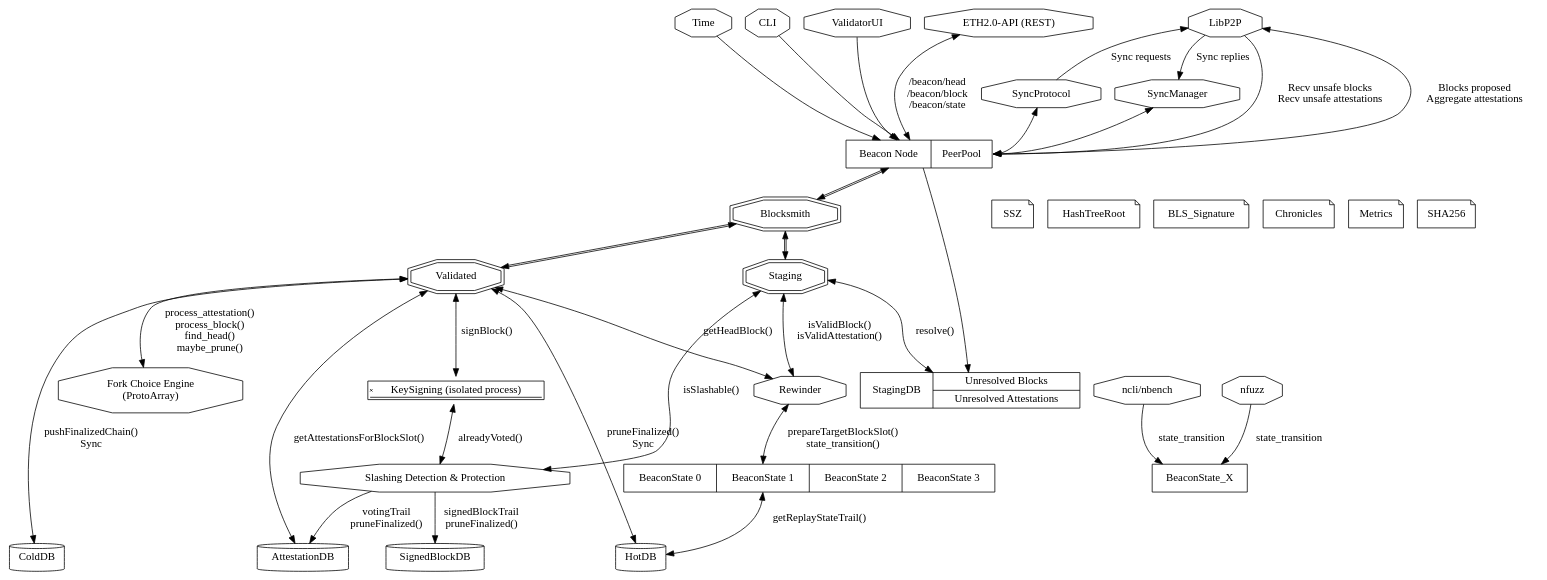
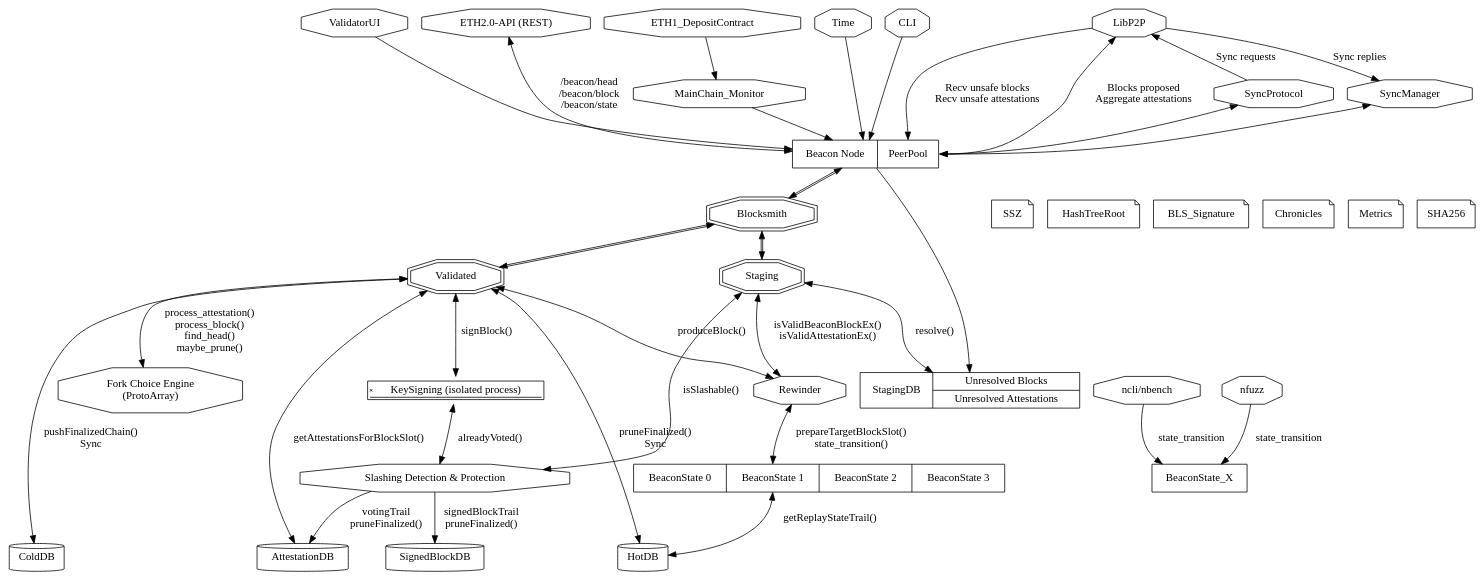
Before and after one commit to mratsim/blocksmith: the diagram in architecture.dot, drawn with Graphviz. The commit also changed 4 other files, not shown here.

```diff
--- a/architecture.dot
+++ b/architecture.dot
@@ -1,74 +1,76 @@
 digraph architecture{
   node [shape = signature]; KeySigning [label="KeySigning (isolated process)"];
-  node [shape = octagon]; SyncManager SyncProtocol Time CLI ValidatorUI Slashing LibP2P ETH2_API ncli nfuzz Rewinder ForkChoice;
+  node [shape = octagon]; SyncManager SyncProtocol MainChain_Monitor Time CLI ValidatorUI Slashing LibP2P ETH2_API ncli nfuzz Rewinder ForkChoice;
   ETH2_API [label="ETH2.0-API (REST)"];
   Slashing [label="Slashing Detection & Protection"];
   ForkChoice [label="Fork Choice Engine\n(ProtoArray)"];
-  {rank = source; LibP2P ETH2_API CLI Time ValidatorUI;}
+  {rank = source; ETH1_DepositContract LibP2P ETH2_API CLI Time ValidatorUI;}
 
   node [shape = record] BeaconNode;
   BeaconNode [label="<nbc>Beacon Node | <PeerPool>PeerPool"]
 
   ncli [label="ncli/nbench"];
   {rank = same; ncli; nfuzz;}
 
   node [shape = doubleoctagon]; Blocksmith Staging Validated;
   node [shape = note] SSZ HashTreeRoot BLS_Signature Chronicles Metrics SHA256
   {rank = same; Blocksmith SSZ HashTreeRoot BLS_Signature Chronicles Metrics SHA256;}
 
   node [shape = record]; StagingDB;
   StagingDB [label="StagingDB | {Unresolved Blocks | Unresolved Attestations}"];
 
   node [shape = record]; BeaconStatePool;
   node [shape = box]; BeaconState_X;
 
   BeaconStatePool [label="<bs0>BeaconState 0|<bs1>BeaconState 1|<bs2>BeaconState 2|<bs3>BeaconState 3"];
   {rank = same; BeaconStatePool BeaconState_X;}
 
   node [shape = cylinder]; AttestationDB HotDB ColdDB;
   {rank = sink; AttestationDB SignedBlockDB HotDB ColdDB;}
 
-  {rank = same; SyncManager SyncProtocol;}
+  {rank = same; MainChain_Monitor SyncManager SyncProtocol;}
+  ETH1_DepositContract -> MainChain_Monitor
+  MainChain_Monitor -> BeaconNode
 
   SyncManager -> BeaconNode:PeerPool [dir=both]
   SyncProtocol -> BeaconNode:PeerPool [dir=both]
 
   CLI -> BeaconNode
   ValidatorUI -> BeaconNode
   Time -> BeaconNode
   BeaconNode -> Blocksmith [dir=both color="black:black"]
   BeaconNode -> StagingDB
   Blocksmith -> Staging [dir=both color="black:black"]
   Blocksmith -> Validated [dir=both color="black:black"]
   Staging -> StagingDB [dir=both label="resolve()"]
 
   ncli -> BeaconState_X [label="state_transition"]
   nfuzz -> BeaconState_X [label="state_transition"]
 
   SyncProtocol -> LibP2P [label="Sync requests"]
   LibP2P -> SyncManager [label="Sync replies"]
 
   LibP2P -> BeaconNode:PeerPool [label="Recv unsafe blocks\nRecv unsafe attestations"]
   BeaconNode:PeerPool -> LibP2P [label="Blocks proposed\nAggregate attestations"]
   ETH2_API -> BeaconNode [dir="both", label="/beacon/head\n/beacon/block\n/beacon/state"]
 
   Validated -> ForkChoice [dir="both", label="process_attestation()\nprocess_block()\nfind_head()\nmaybe_prune()"]
 
   Staging -> Slashing [dir="both", label="isSlashable()"]
   Validated -> KeySigning [dir="both", label="signBlock()"]
   KeySigning -> Slashing [dir="both", label="alreadyVoted()"]
   Slashing -> AttestationDB [label="votingTrail\npruneFinalized()"]
   Slashing -> SignedBlockDB [label="signedBlockTrail\npruneFinalized()"]
   Validated -> AttestationDB [dir="both", label="getAttestationsForBlockSlot()"]
 
   Validated -> HotDB [dir="both", label="pruneFinalized()\nSync"]
 
   Rewinder -> BeaconStatePool:bs1 [dir="both", label="prepareTargetBlockSlot()\nstate_transition()"]
   BeaconStatePool:bs1 -> HotDB [dir="both", label="getReplayStateTrail()"]
 
-  Staging -> Rewinder [dir="both", label="isValidBlock()\nisValidAttestation()"]
-  Validated -> Rewinder [dir="both", label="getHeadBlock()"]
+  Staging -> Rewinder [dir="both", label="isValidBeaconBlockEx()\nisValidAttestationEx()"]
+  Validated -> Rewinder [dir="both", label="produceBlock()"]
 
 
   Validated -> ColdDB [dir="both", label="pushFinalizedChain()\nSync"]
 }
```
